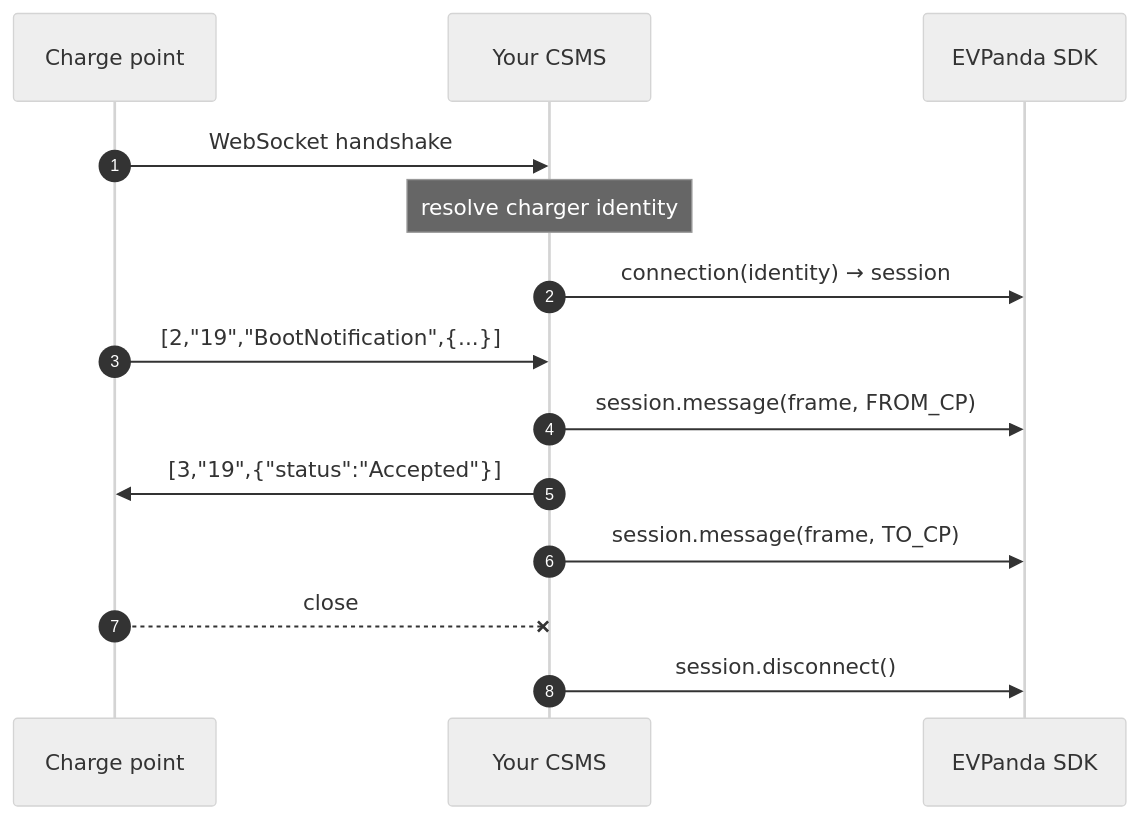
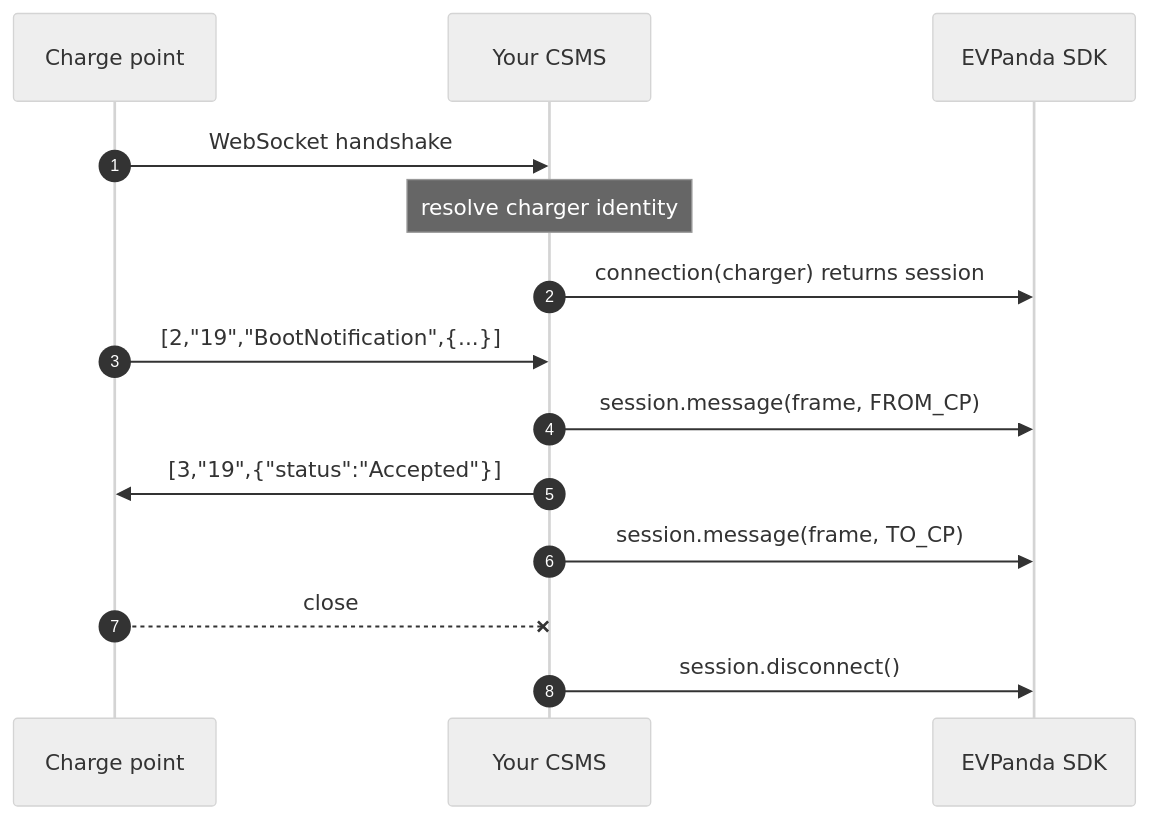
The diagram in integration/ocpp.mdx (evpanda-labs/docs), drawn with Mermaid (neutral theme) before and after one commit. The commit also changed other lines of this file and 10 other files, not shown here.

````diff
--- a/integration/ocpp.mdx
+++ b/integration/ocpp.mdx
@@ -16,17 +14,17 @@
 ```mermaid
 sequenceDiagram
     autonumber
     participant CP as Charge point
     participant CSMS as Your CSMS
     participant SDK as EVPanda SDK
 
     CP->>CSMS: WebSocket handshake
     Note over CSMS: resolve charger identity
-    CSMS->>SDK: connection(identity) → session
+    CSMS->>SDK: connection(charger) returns session
     CP->>CSMS: [2,"19","BootNotification",{...}]
     CSMS->>SDK: session.message(frame, FROM_CP)
     CSMS->>CP: [3,"19",{"status":"Accepted"}]
     CSMS->>SDK: session.message(frame, TO_CP)
     CP--xCSMS: close
     CSMS->>SDK: session.disconnect()
 ```
````
